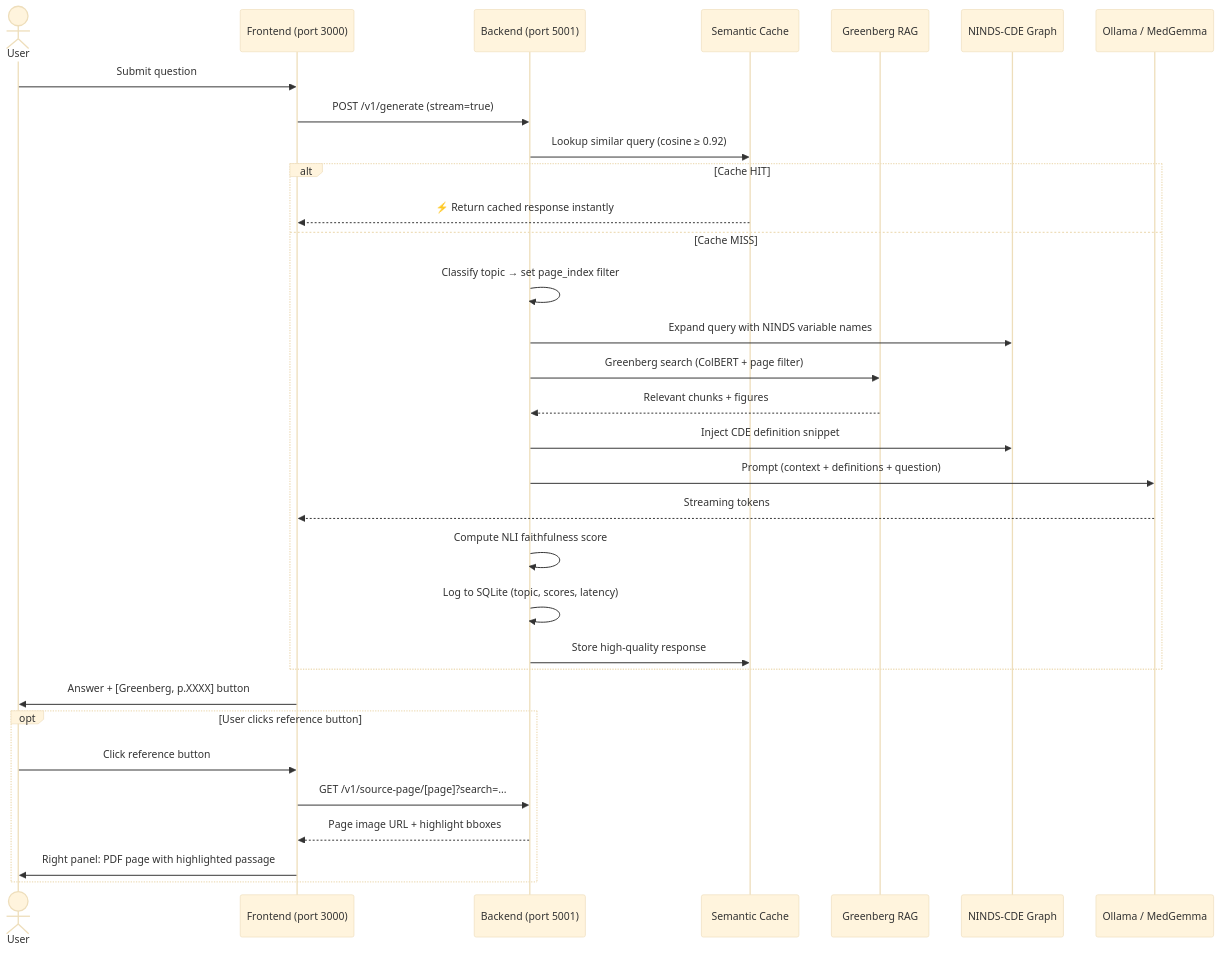
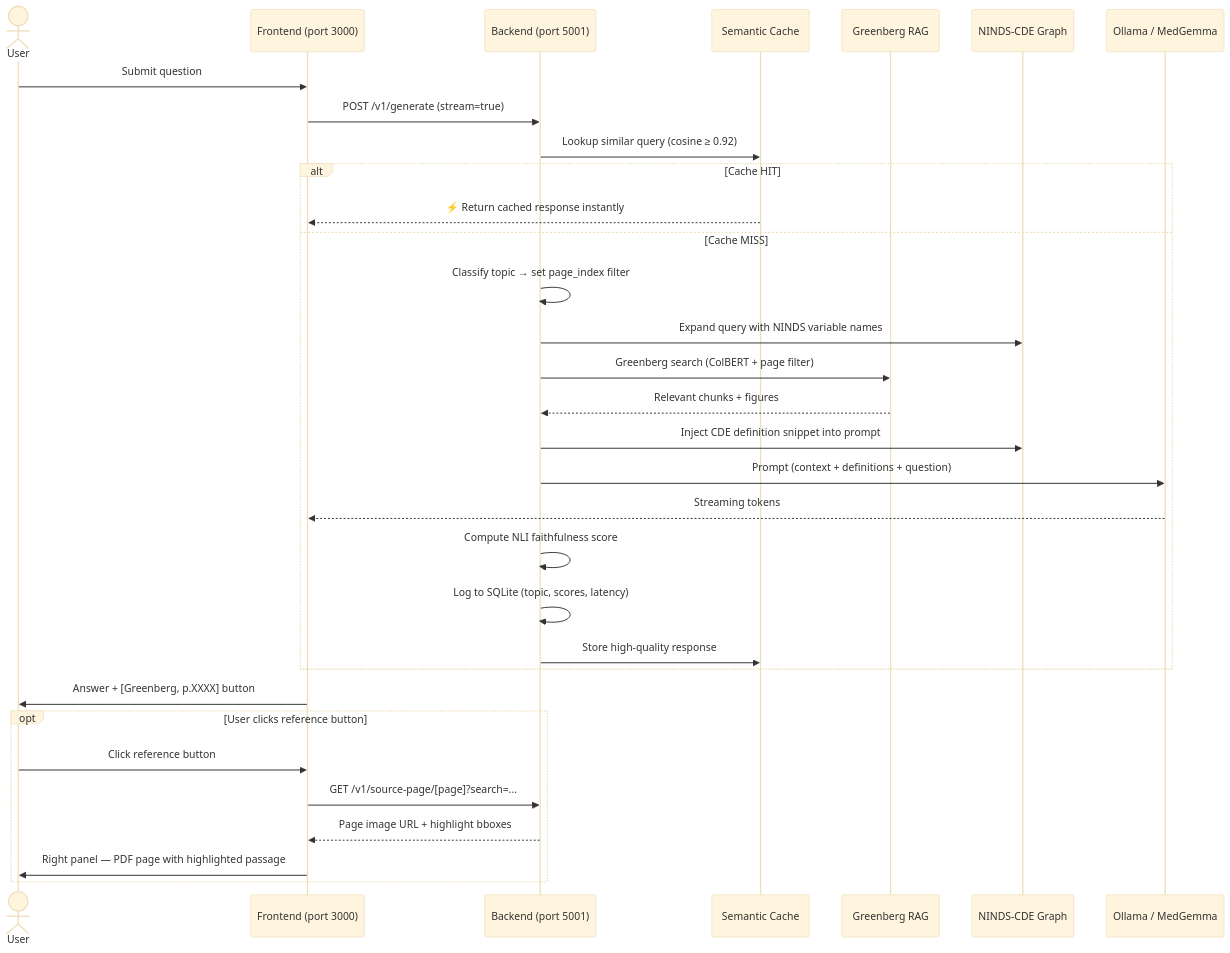
One commit to born-june04/WiseMind changed the second of 9 diagrams in ARCHITECTURE.md. Above: the diagram before and after it, drawn with Mermaid (base theme). The commit also changed other lines of this file, not shown here.

Commit message:
docs: restructure ARCHITECTURE.md — high/mid/low level diagrams

````diff
--- a/ARCHITECTURE.md
+++ b/ARCHITECTURE.md
@@ -95,38 +62,38 @@
 ```mermaid
 sequenceDiagram
     actor User
     participant FE as Frontend (port 3000)
     participant BE as Backend (port 5001)
     participant CACHE as Semantic Cache
     participant RAG as Greenberg RAG
     participant CDE as NINDS-CDE Graph
     participant LLM as Ollama / MedGemma
 
     User->>FE: Submit question
     FE->>BE: POST /v1/generate (stream=true)
 
     BE->>CACHE: Lookup similar query (cosine ≥ 0.92)
     alt Cache HIT
         CACHE-->>FE: ⚡ Return cached response instantly
     else Cache MISS
         BE->>BE: Classify topic → set page_index filter
         BE->>CDE: Expand query with NINDS variable names
         BE->>RAG: Greenberg search (ColBERT + page filter)
         RAG-->>BE: Relevant chunks + figures
-        BE->>CDE: Inject CDE definition snippet
+        BE->>CDE: Inject CDE definition snippet into prompt
         BE->>LLM: Prompt (context + definitions + question)
         LLM-->>FE: Streaming tokens
         BE->>BE: Compute NLI faithfulness score
         BE->>BE: Log to SQLite (topic, scores, latency)
         BE->>CACHE: Store high-quality response
     end
 
     FE->>User: Answer + [Greenberg, p.XXXX] button
 
     opt User clicks reference button
         User->>FE: Click reference button
         FE->>BE: GET /v1/source-page/[page]?search=...
         BE-->>FE: Page image URL + highlight bboxes
-        FE->>User: Right panel: PDF page with highlighted passage
+        FE->>User: Right panel — PDF page with highlighted passage
     end
 ```
````
